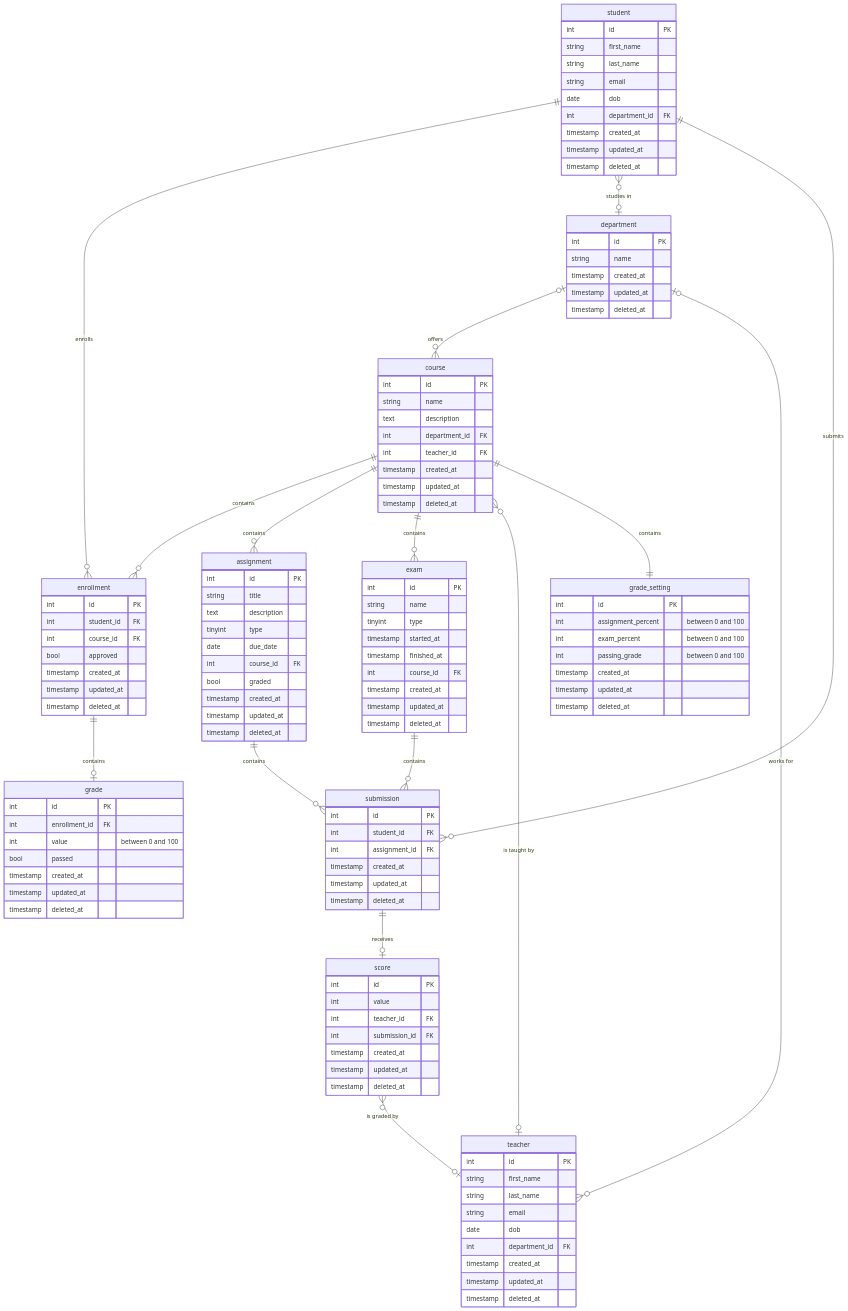
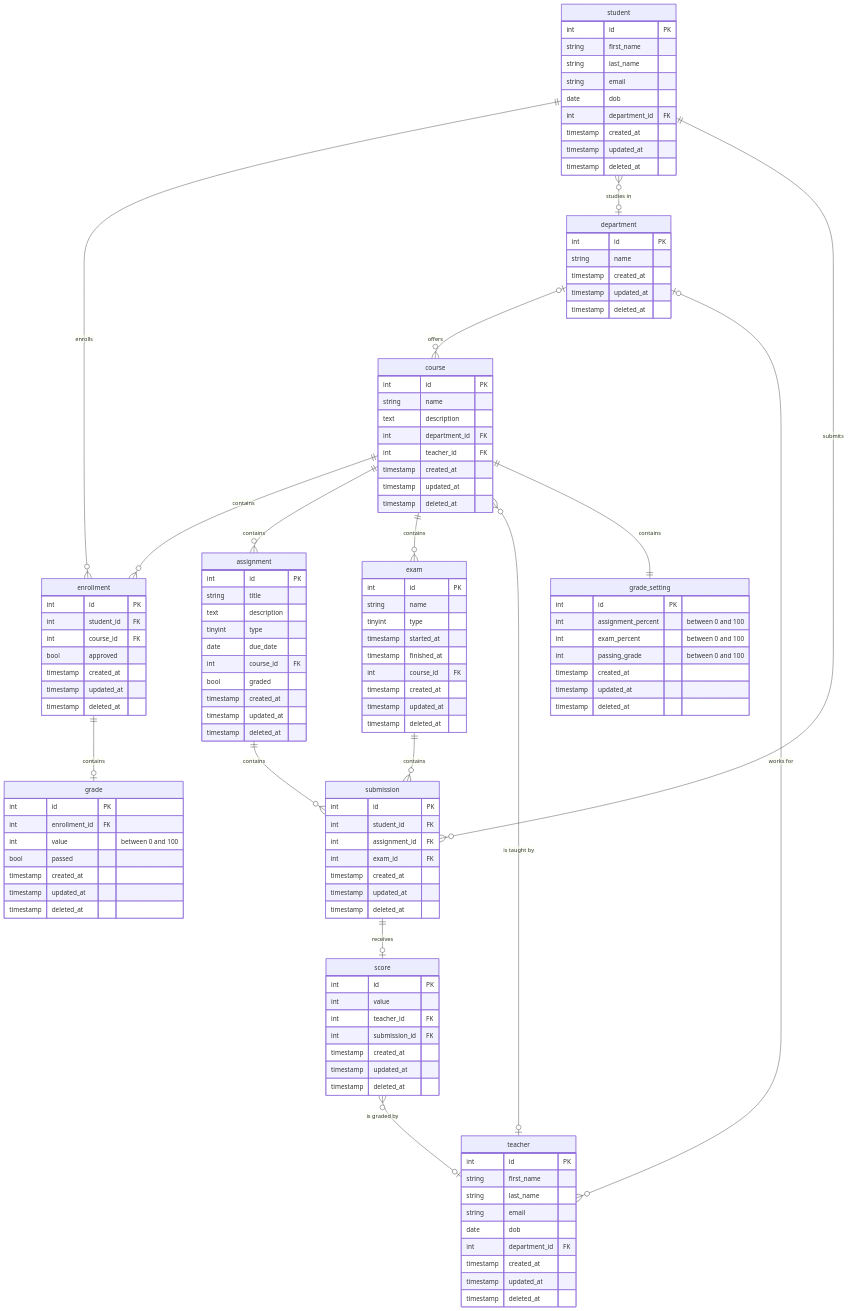
The diagram in README.md (LCYAD/be-exercise-guide), drawn with Mermaid before and after one commit. The commit also changed 4 other files, not shown here.

```diff
--- a/README.md
+++ b/README.md
@@ -129,6 +129,7 @@
         int id PK
         int student_id FK
         int assignment_id FK
+        int exam_id FK
         timestamp created_at
         timestamp updated_at
         timestamp deleted_at
```
